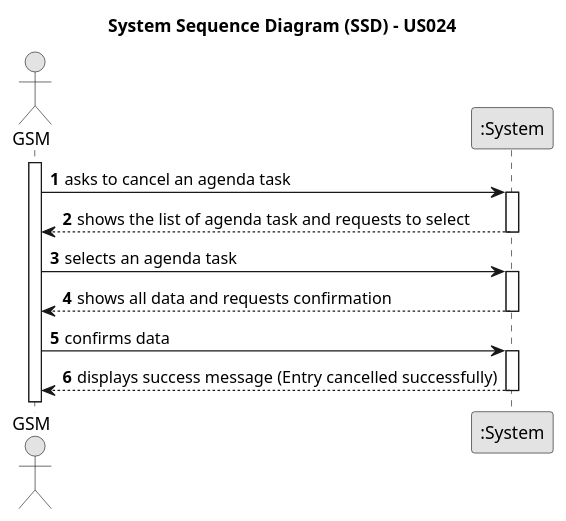
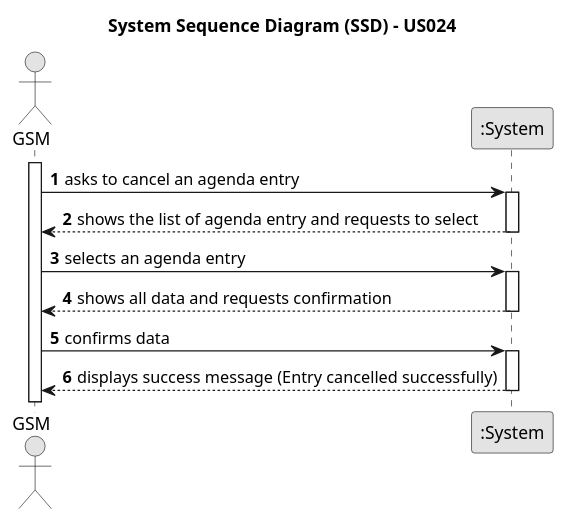
Before and after one commit to ricardomm7/leaflink: the diagram in docs/sprintC/us025/01.requirements-engineering/puml/us025-system-sequence-diagram-alternative-one.puml, drawn with PlantUML. The commit also changed 30 other files, not shown here.

Commit message:
Change Task to Entry in US24, US25, US29; Update domain model; Send verification from UI to Domain (Vehicle)

```diff
--- a/docs/sprintC/us025/01.requirements-engineering/puml/us025-system-sequence-diagram-alternative-one.puml
+++ b/docs/sprintC/us025/01.requirements-engineering/puml/us025-system-sequence-diagram-alternative-one.puml
@@ -1,34 +1,34 @@
 @startuml
 skinparam monochrome true
 skinparam packageStyle rectangle
 skinparam shadowing false
 
 title System Sequence Diagram (SSD) - US024
 
 autonumber
 
 actor "GSM" as GSM
 participant ":System" as System
 
 activate GSM
 
-    GSM -> System : asks to cancel an agenda task
+    GSM -> System : asks to cancel an agenda entry
     activate System
 
-        System --> GSM : shows the list of agenda task and requests to select
+        System --> GSM : shows the list of agenda entry and requests to select
     deactivate System
 
-    GSM -> System : selects an agenda task
+    GSM -> System : selects an agenda entry
 
     activate System
 
         System --> GSM : shows all data and requests confirmation
     deactivate System
 
     GSM -> System : confirms data
     activate System
 
         System --> GSM : displays success message (Entry cancelled successfully)
     deactivate System
 
 @enduml
```
